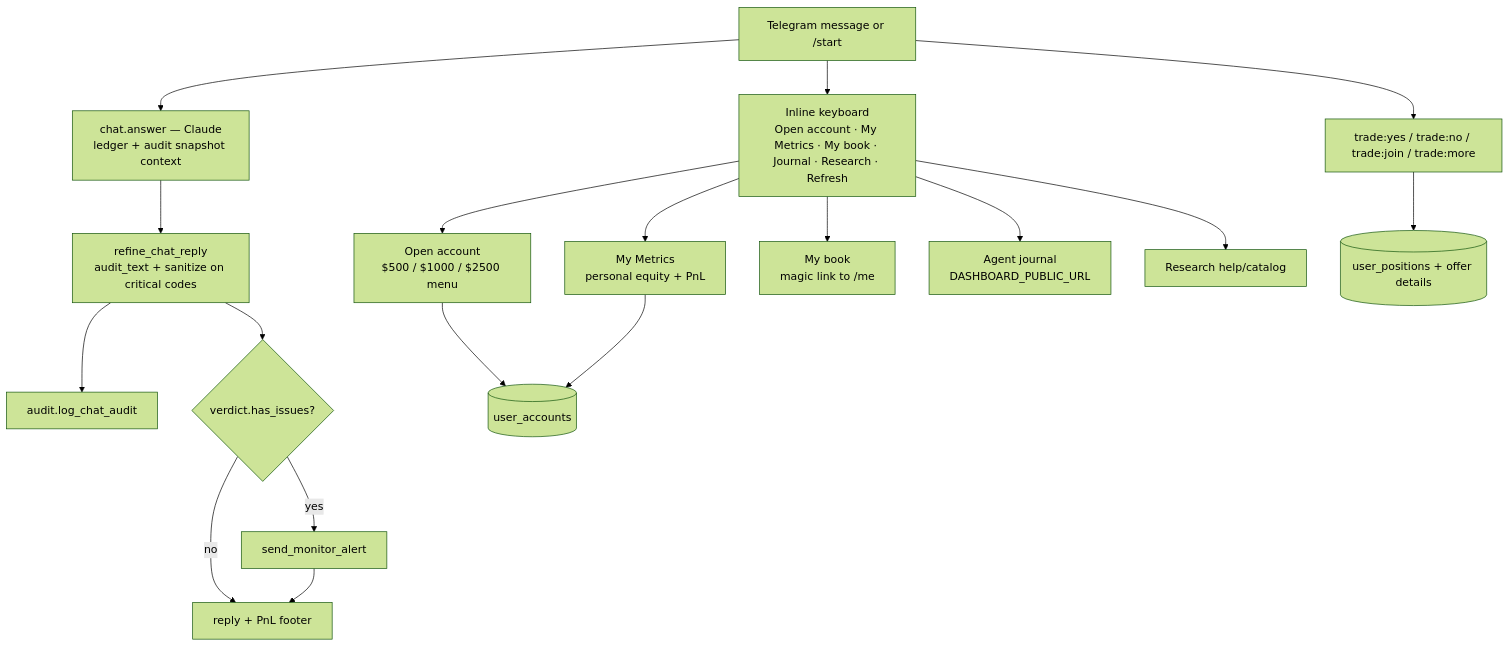
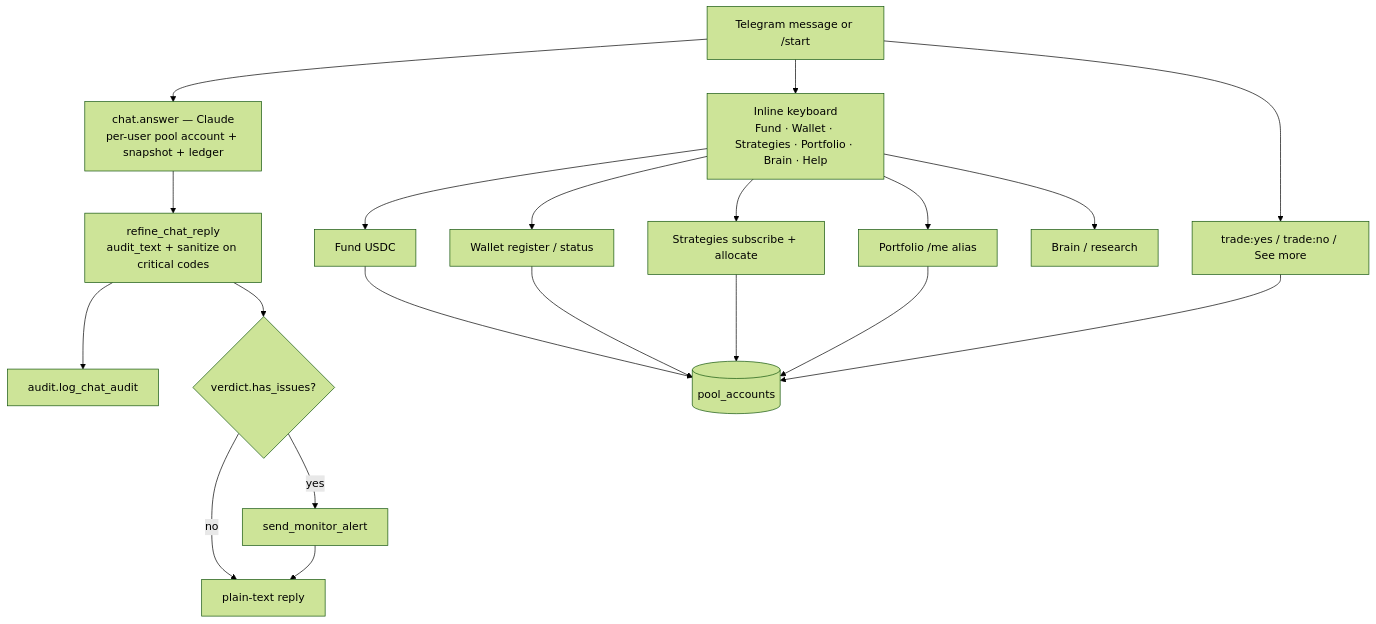
Before and after one commit to abagui11/eth-trading-bot: the fifth of 6 diagrams in deploy/PROJECT_STATE.md, drawn with Mermaid (forest theme). The commit also changed other lines of this file and 55 other files, not shown here.

````diff
--- a/deploy/PROJECT_STATE.md
+++ b/deploy/PROJECT_STATE.md
@@ -187,20 +196,22 @@
 ```mermaid
 flowchart TD
-    TG[Telegram message or /start] --> KB[Inline keyboard<br/>Open account · My Metrics · My book · Journal · Research · Refresh]
-    TG --> QA[chat.answer — Claude<br/>ledger + audit snapshot context]
+    TG[Telegram message or /start] --> KB[Inline keyboard<br/>Fund · Wallet · Strategies · Portfolio · Brain · Help]
+    TG --> QA[chat.answer — Claude<br/>per-user pool account + snapshot + ledger]
     QA --> CAR[refine_chat_reply<br/>audit_text + sanitize on critical codes]
     CAR --> CAI[audit.log_chat_audit]
     CAR --> AL{verdict.has_issues?}
     AL -->|yes| MA[send_monitor_alert]
-    AL -->|no| REPLY[reply + PnL footer]
+    AL -->|no| REPLY[plain-text reply]
     MA --> REPLY
-    KB --> OPEN[Open account<br/>$500 / $1000 / $2500 menu]
-    KB --> METRICS[My Metrics<br/>personal equity + PnL]
-    KB --> ME[My book<br/>magic link to /me]
-    KB --> PORT[Agent journal<br/>DASHBOARD_PUBLIC_URL]
-    KB --> RESEARCH[Research help/catalog]
-    OPEN --> ACCT[(user_accounts)]
-    METRICS --> ACCT
-    TG --> TRADE[trade:yes / trade:no / trade:join / trade:more]
-    TRADE --> UPOS[(user_positions + offer details)]
+    KB --> FUND[Fund USDC]
+    KB --> WALLET[Wallet register / status]
+    KB --> STRAT[Strategies subscribe + allocate]
+    KB --> PORT[Portfolio /me alias]
+    KB --> BRAIN[Brain / research]
+    FUND --> POOL[(pool_accounts)]
+    WALLET --> POOL
+    STRAT --> POOL
+    PORT --> POOL
+    TG --> TRADE[trade:yes / trade:no / See more]
+    TRADE --> POOL
 ```
````
